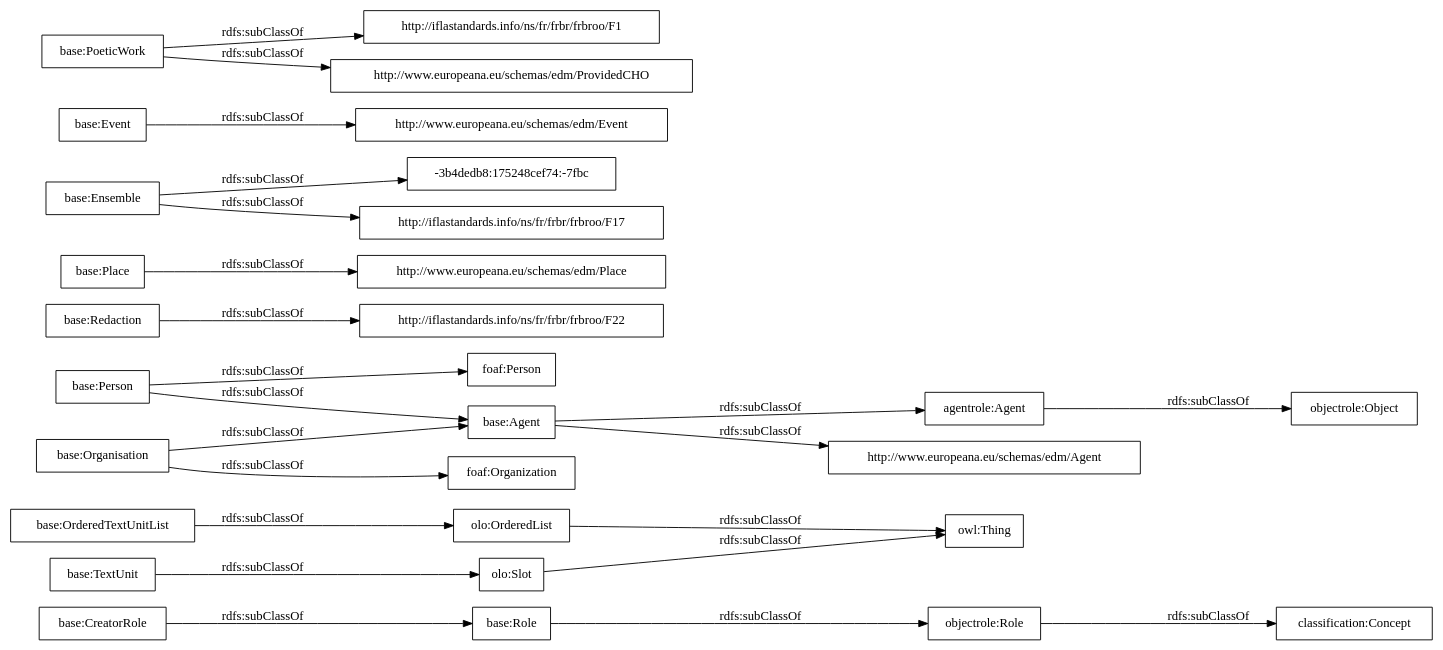
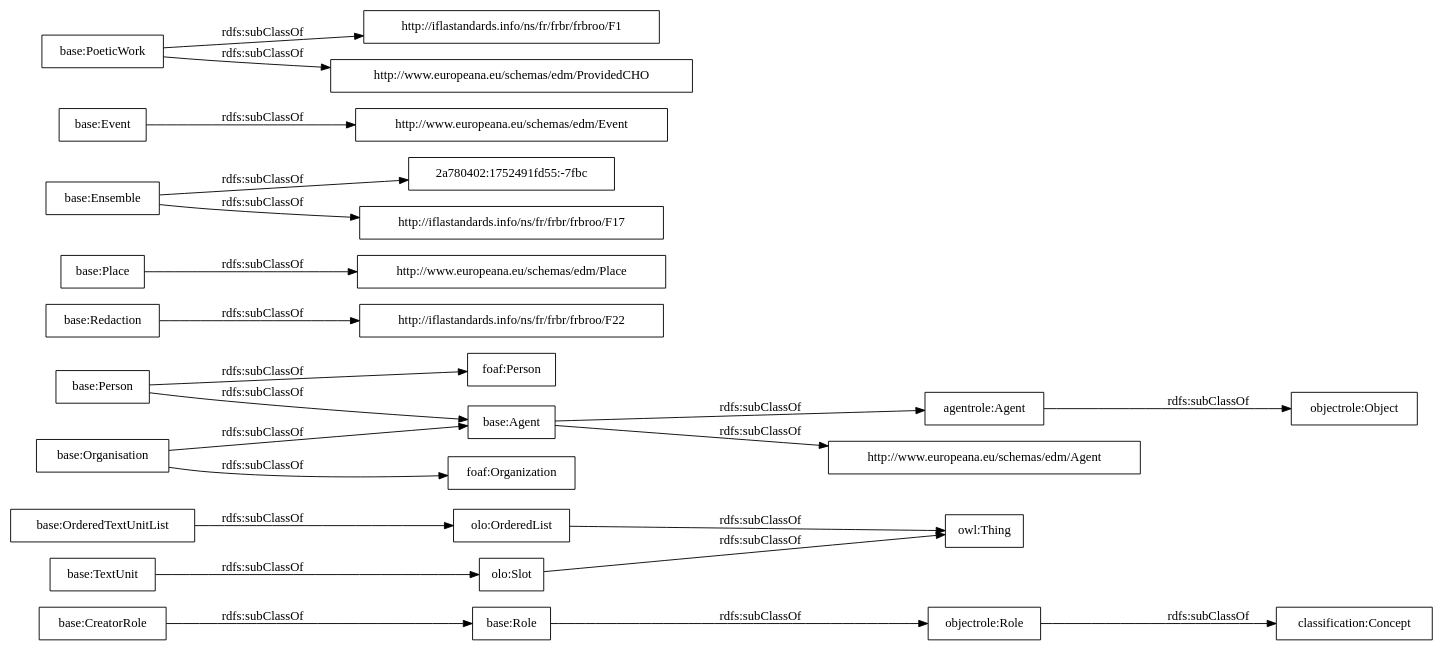
The diagram in OnToology/postdata-core.owl/diagrams/ar2dtool-taxonomy/postdata-core.owl.png.dot (OnToologyUser/core-ontology-1), drawn with Graphviz before and after one commit. The commit also changed 14 other files, not shown here.

```diff
--- a/OnToology/postdata-core.owl/diagrams/ar2dtool-taxonomy/postdata-core.owl.png.dot
+++ b/OnToology/postdata-core.owl/diagrams/ar2dtool-taxonomy/postdata-core.owl.png.dot
@@ -1,27 +1,27 @@
 digraph ar2dtool_diagram { 
 rankdir=LR;
 size="1000"
-node [shape = rectangle, color="black"]; "base:Role" "base:OrderedTextUnitList" "agentrole:Agent" "http://iflastandards.info/ns/fr/frbr/frbroo/F22" "http://www.europeana.eu/schemas/edm/Agent" "base:Agent" "base:CreatorRole" "base:Person" "base:Organisation" "http://www.europeana.eu/schemas/edm/Place" "base:Redaction" "base:Ensemble" "foaf:Person" "http://www.europeana.eu/schemas/edm/Event" "base:TextUnit" "http://iflastandards.info/ns/fr/frbr/frbroo/F1" "foaf:Organization" "http://www.europeana.eu/schemas/edm/ProvidedCHO" "base:Place" "base:Event" "-3b4dedb8:175248cef74:-7fbc" "base:PoeticWork" "http://iflastandards.info/ns/fr/frbr/frbroo/F17" "owl:Thing" "objectrole:Role" "objectrole:Object" "olo:Slot" "olo:OrderedList" "classification:Concept" ; /*classes style*/
+node [shape = rectangle, color="black"]; "base:Role" "base:OrderedTextUnitList" "agentrole:Agent" "http://iflastandards.info/ns/fr/frbr/frbroo/F22" "http://www.europeana.eu/schemas/edm/Agent" "base:Agent" "base:CreatorRole" "base:Person" "base:Organisation" "http://www.europeana.eu/schemas/edm/Place" "base:Redaction" "base:Ensemble" "foaf:Person" "http://www.europeana.eu/schemas/edm/Event" "base:TextUnit" "foaf:Organization" "http://iflastandards.info/ns/fr/frbr/frbroo/F1" "http://www.europeana.eu/schemas/edm/ProvidedCHO" "base:Place" "base:Event" "2a780402:1752491fd55:-7fbc" "base:PoeticWork" "http://iflastandards.info/ns/fr/frbr/frbroo/F17" "owl:Thing" "objectrole:Role" "objectrole:Object" "olo:Slot" "olo:OrderedList" "classification:Concept" ; /*classes style*/
 	"base:Redaction" -> "http://iflastandards.info/ns/fr/frbr/frbroo/F22" [ label = "rdfs:subClassOf" ];
 	"base:Role" -> "objectrole:Role" [ label = "rdfs:subClassOf" ];
 	"base:Event" -> "http://www.europeana.eu/schemas/edm/Event" [ label = "rdfs:subClassOf" ];
 	"base:Person" -> "foaf:Person" [ label = "rdfs:subClassOf" ];
 	"base:Person" -> "base:Agent" [ label = "rdfs:subClassOf" ];
 	"olo:OrderedList" -> "owl:Thing" [ label = "rdfs:subClassOf" ];
 	"olo:Slot" -> "owl:Thing" [ label = "rdfs:subClassOf" ];
 	"base:PoeticWork" -> "http://www.europeana.eu/schemas/edm/ProvidedCHO" [ label = "rdfs:subClassOf" ];
 	"base:PoeticWork" -> "http://iflastandards.info/ns/fr/frbr/frbroo/F1" [ label = "rdfs:subClassOf" ];
 	"base:TextUnit" -> "olo:Slot" [ label = "rdfs:subClassOf" ];
 	"agentrole:Agent" -> "objectrole:Object" [ label = "rdfs:subClassOf" ];
-	"base:Ensemble" -> "-3b4dedb8:175248cef74:-7fbc" [ label = "rdfs:subClassOf" ];
+	"base:Ensemble" -> "2a780402:1752491fd55:-7fbc" [ label = "rdfs:subClassOf" ];
 	"base:Ensemble" -> "http://iflastandards.info/ns/fr/frbr/frbroo/F17" [ label = "rdfs:subClassOf" ];
 	"base:OrderedTextUnitList" -> "olo:OrderedList" [ label = "rdfs:subClassOf" ];
 	"base:Agent" -> "agentrole:Agent" [ label = "rdfs:subClassOf" ];
 	"base:Agent" -> "http://www.europeana.eu/schemas/edm/Agent" [ label = "rdfs:subClassOf" ];
 	"objectrole:Role" -> "classification:Concept" [ label = "rdfs:subClassOf" ];
 	"base:Place" -> "http://www.europeana.eu/schemas/edm/Place" [ label = "rdfs:subClassOf" ];
 	"base:Organisation" -> "foaf:Organization" [ label = "rdfs:subClassOf" ];
 	"base:Organisation" -> "base:Agent" [ label = "rdfs:subClassOf" ];
 	"base:CreatorRole" -> "base:Role" [ label = "rdfs:subClassOf" ];
 
 }
```
